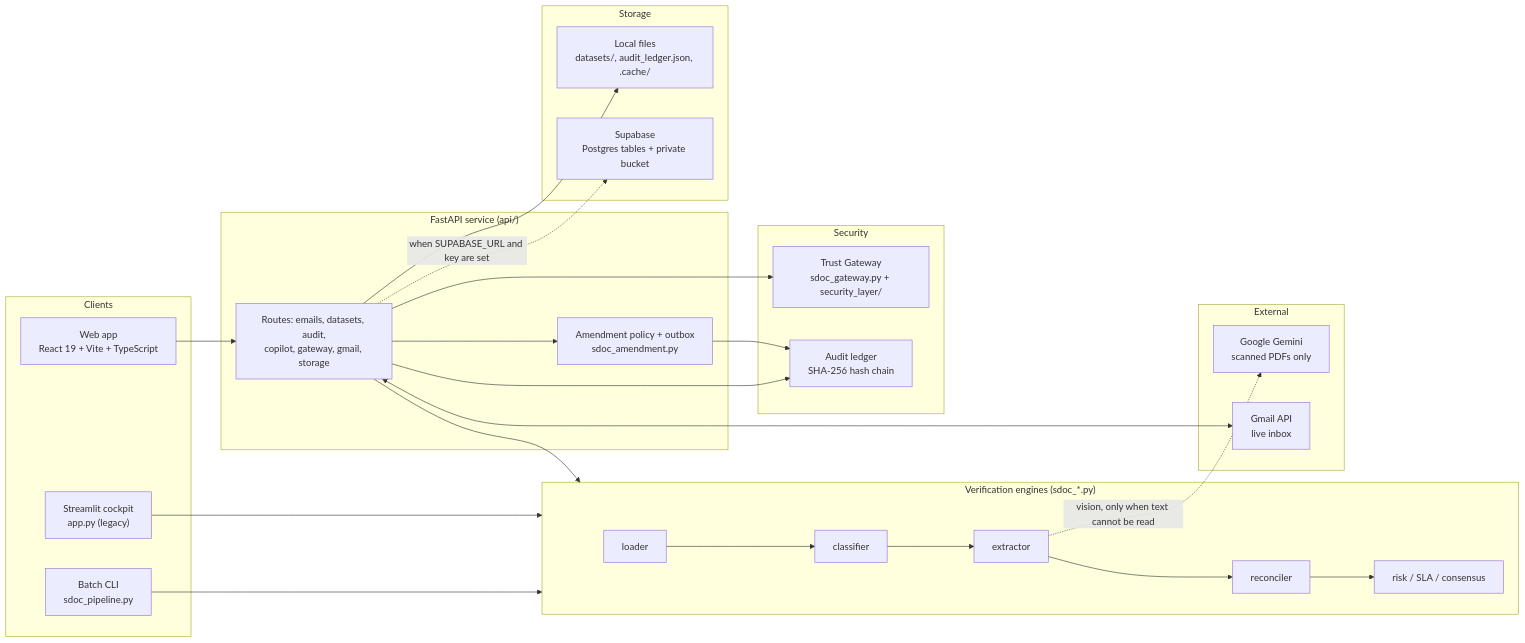
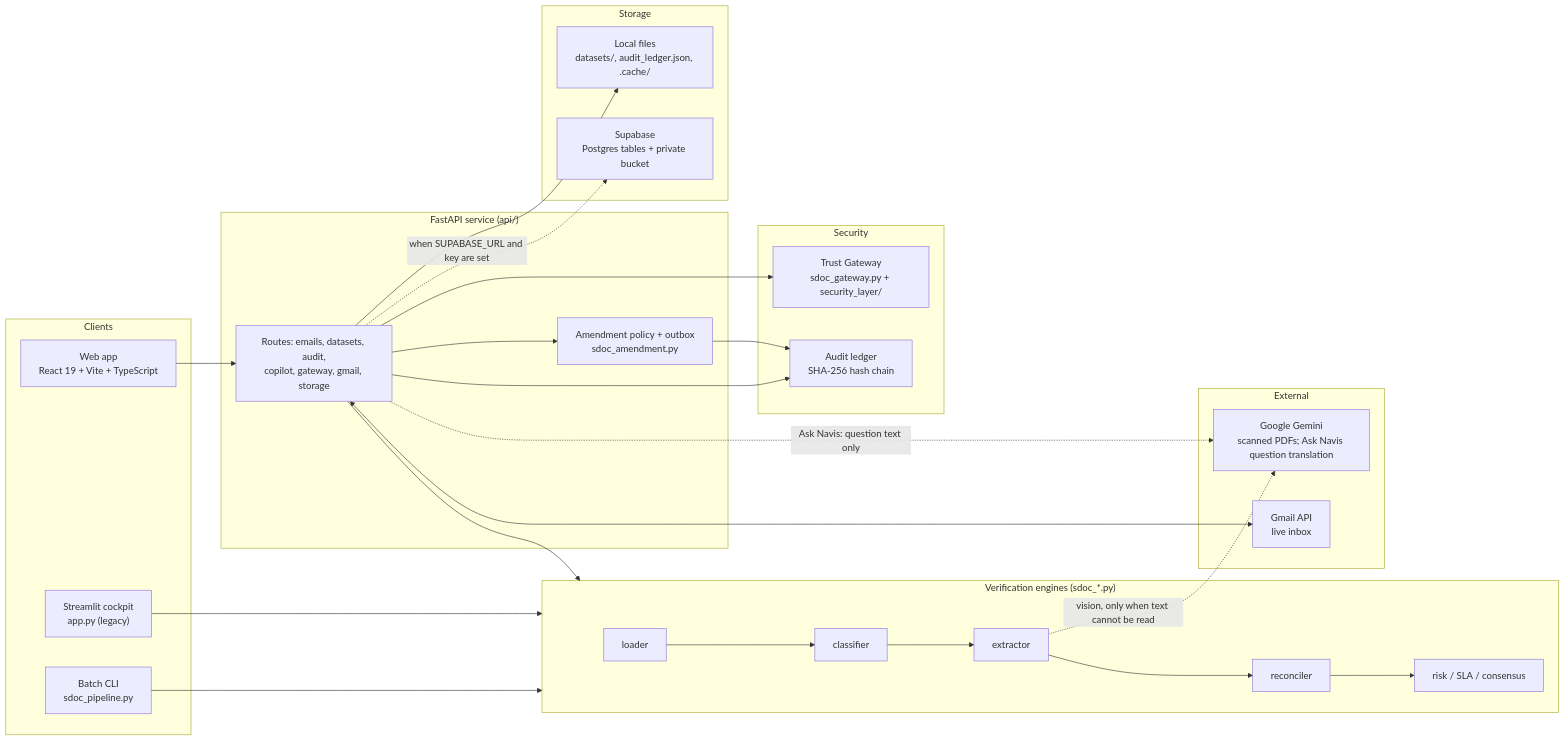
One commit to Replay0106/averishackathon changed the first of 3 diagrams in README.md. Above: the diagram before and after it, drawn with Mermaid. The commit also changed other lines of this file and 27 other files, not shown here.

````diff
--- a/README.md
+++ b/README.md
@@ -66,48 +66,49 @@
 ```mermaid
 flowchart LR
     subgraph Clients
         WEB["Web app<br/>React 19 + Vite + TypeScript"]
         ST["Streamlit cockpit<br/>app.py (legacy)"]
         CLI["Batch CLI<br/>sdoc_pipeline.py"]
     end
 
     subgraph API["FastAPI service (api/)"]
         ROUTES["Routes: emails, datasets, audit,<br/>copilot, gateway, gmail, storage"]
         AMEND["Amendment policy + outbox<br/>sdoc_amendment.py"]
     end
 
     subgraph Engines["Verification engines (sdoc_*.py)"]
         LOAD["loader"] --> CLS["classifier"]
         CLS --> EXT["extractor"]
         EXT --> REC["reconciler"]
         REC --> RISK["risk / SLA / consensus"]
     end
 
     subgraph Security["Security"]
         GW["Trust Gateway<br/>sdoc_gateway.py + security_layer/"]
         LEDGER["Audit ledger<br/>SHA-256 hash chain"]
     end
 
     subgraph External
-        GEM["Google Gemini<br/>scanned PDFs only"]
+        GEM["Google Gemini<br/>scanned PDFs; Ask Navis question translation"]
         GMAIL["Gmail API<br/>live inbox"]
     end
 
     subgraph Storage["Storage"]
         LOCAL["Local files<br/>datasets/, audit_ledger.json, .cache/"]
         SUPA["Supabase<br/>Postgres tables + private bucket"]
     end
 
     WEB --> ROUTES
     ST --> Engines
     CLI --> Engines
     ROUTES --> Engines
     ROUTES --> AMEND
     ROUTES --> GW
     AMEND --> LEDGER
     ROUTES --> LEDGER
     EXT -. "vision, only when text cannot be read" .-> GEM
+    ROUTES -. "Ask Navis: question text only" .-> GEM
     ROUTES <--> GMAIL
     ROUTES --> LOCAL
     ROUTES -. "when SUPABASE_URL and key are set" .-> SUPA
 ```
````
